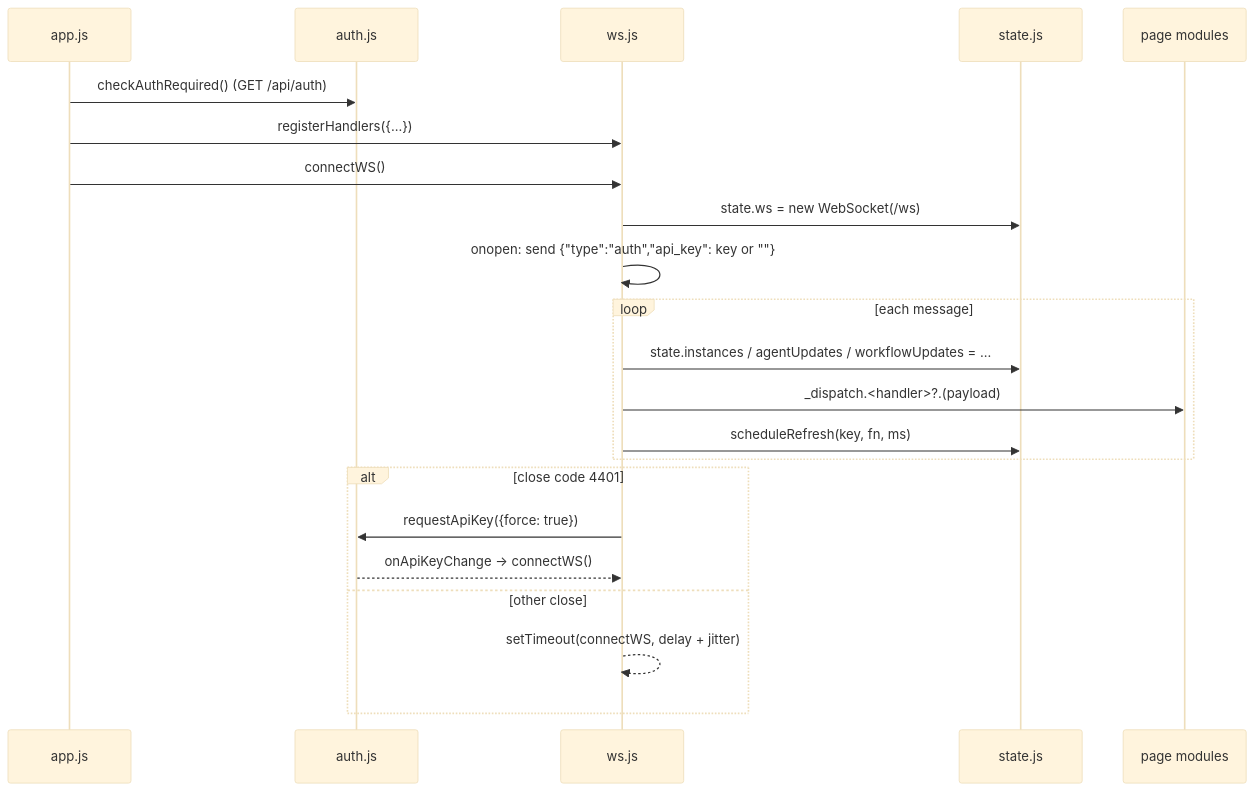
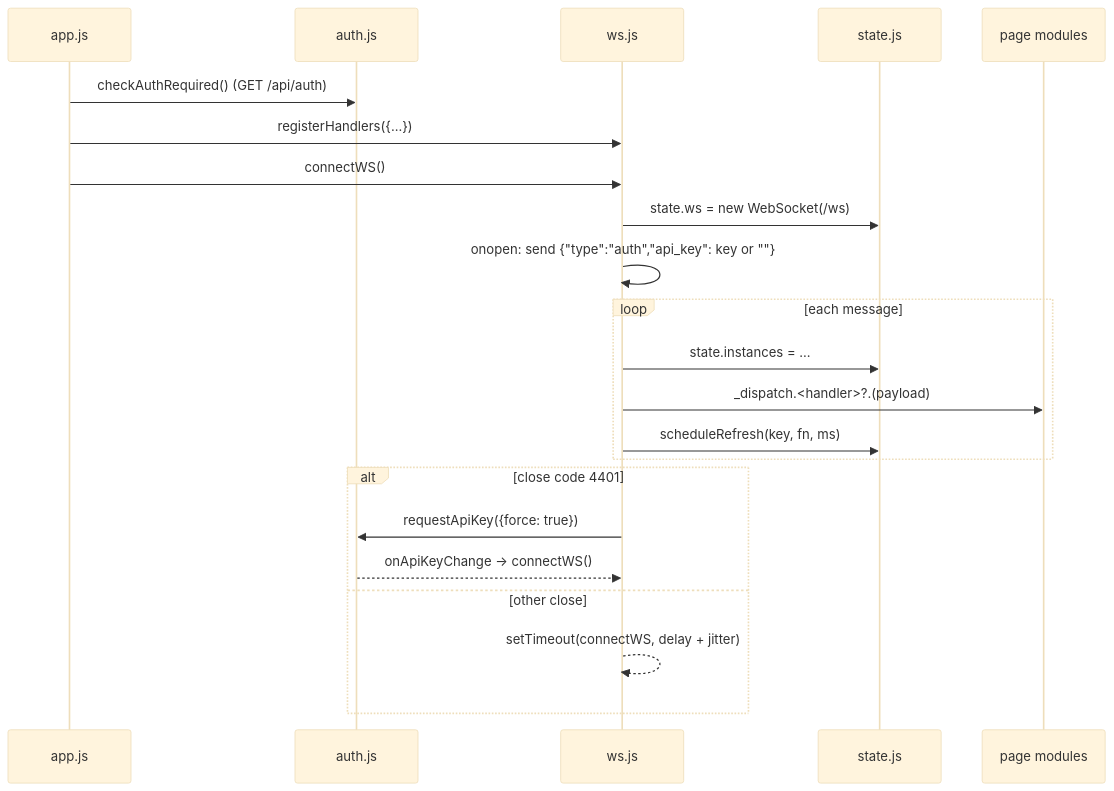
Before and after one commit to NikolasMarkou/fsm_llm: the diagram in src/fsm_llm/monitor/static/services/AGENTS.md, drawn with Mermaid (base theme). The commit also changed other lines of this file and 24 other files, not shown here.

````diff
--- a/src/fsm_llm/monitor/static/services/AGENTS.md
+++ b/src/fsm_llm/monitor/static/services/AGENTS.md
@@ -12,24 +12,24 @@
 ```mermaid
 sequenceDiagram
     participant App as app.js
     participant A as auth.js
     participant WS as ws.js
     participant S as state.js
     participant P as page modules
     App->>A: checkAuthRequired() (GET /api/auth)
     App->>WS: registerHandlers({...})
     App->>WS: connectWS()
     WS->>S: state.ws = new WebSocket(/ws)
     WS->>WS: onopen: send {"type":"auth","api_key": key or ""}
     loop each message
-        WS->>S: state.instances / agentUpdates / workflowUpdates = ...
+        WS->>S: state.instances = ...
         WS->>P: _dispatch.<handler>?.(payload)
         WS->>S: scheduleRefresh(key, fn, ms)
     end
     alt close code 4401
         WS->>A: requestApiKey({force: true})
         A-->>WS: onApiKeyChange -> connectWS()
     else other close
         WS-->>WS: setTimeout(connectWS, delay + jitter)
     end
 ```
````
